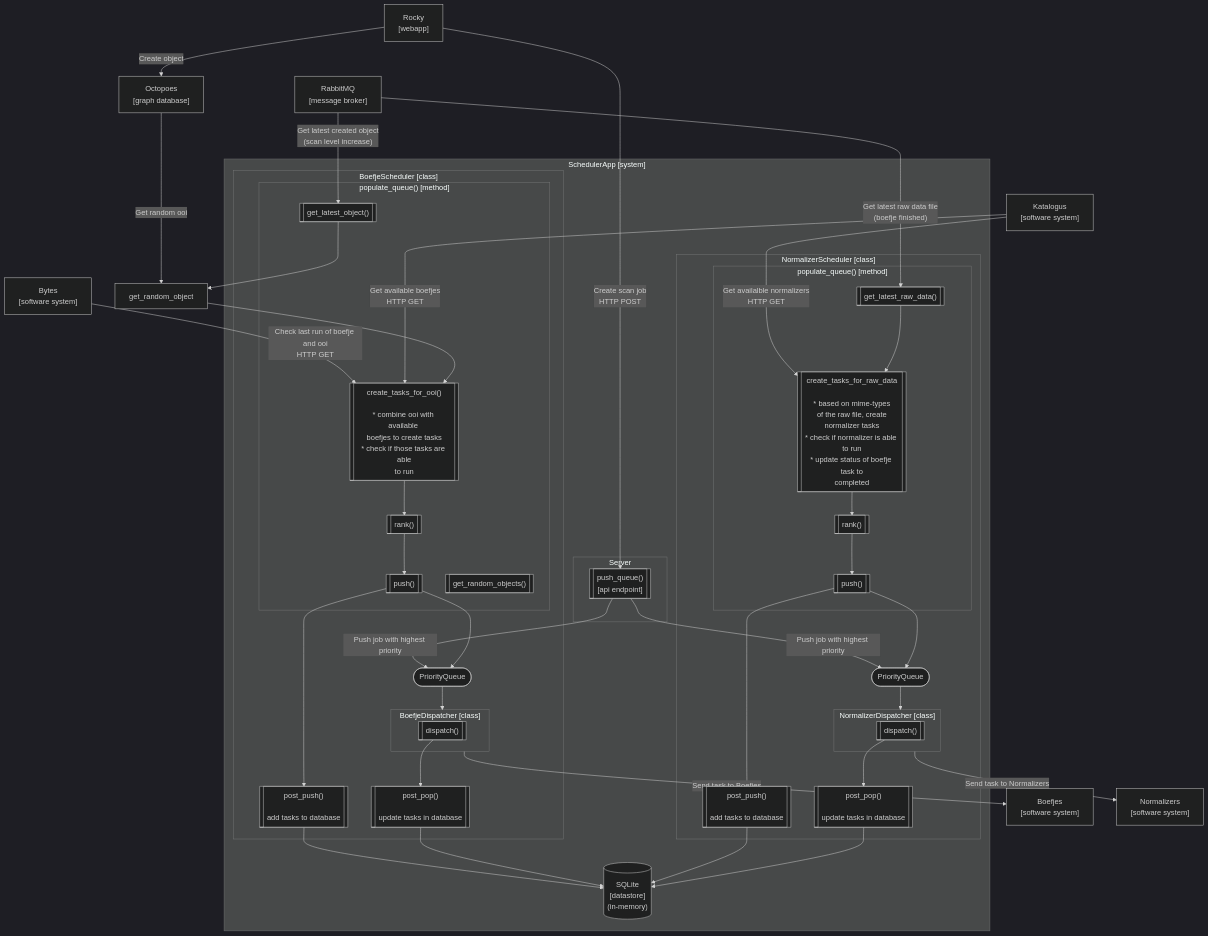
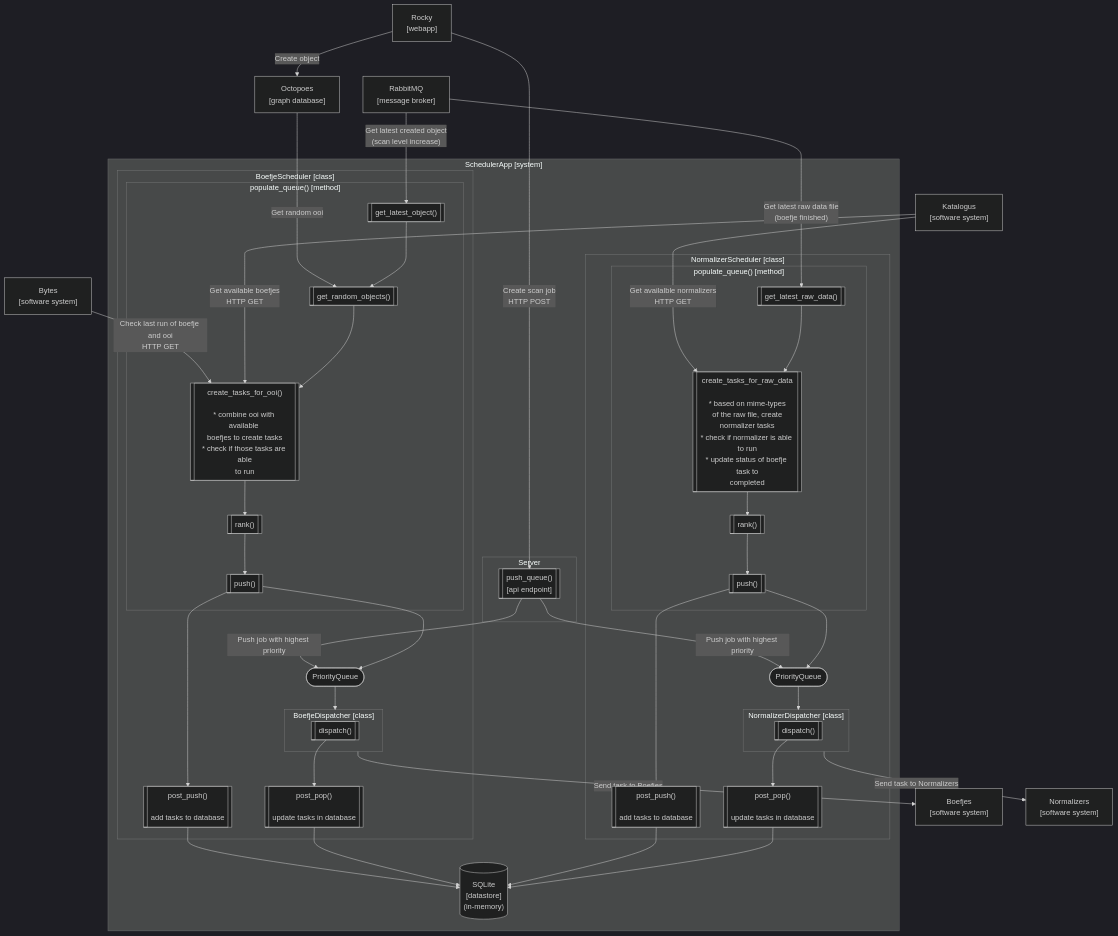
The second of 3 diagrams in docs/design.md (minvws/nl-kat-mula), drawn with Mermaid (dark theme) before and after one commit. The commit also changed other lines of this file, not shown here.

Commit message:
Grammar, and fix diagram

```diff
--- a/docs/design.md
+++ b/docs/design.md
@@ -107,12 +107,12 @@
     Bytes--"Check last run of boefje and ooi<br/>HTTP GET"-->create_tasks_for_ooi
     Katalogus--"Get available boefjes<br/>HTTP GET"--->create_tasks_for_ooi
     Katalogus--"Get availalble normalizers<br/>HTTP GET"-->create_tasks_for_raw_data
-    Octopoes--"Get random ooi"--->get_random_object
+    Octopoes--"Get random ooi"--->get_random_objects
     RabbitMQ--"Get latest created object<br/>(scan level increase)"-->get_latest_object
     RabbitMQ--"Get latest raw data file<br/>(boefje finished)"-->get_latest_raw_data
 
     %% Boefje flow
-    get_latest_object-->get_random_object-->create_tasks_for_ooi-->rank_boefje-->push_boefje
+    get_latest_object-->get_random_objects-->create_tasks_for_ooi-->rank_boefje-->push_boefje
     push_boefje-->post_push_boefje
     push_boefje--> BoefjePriorityQueue
     post_push_boefje-->Datastore
```
